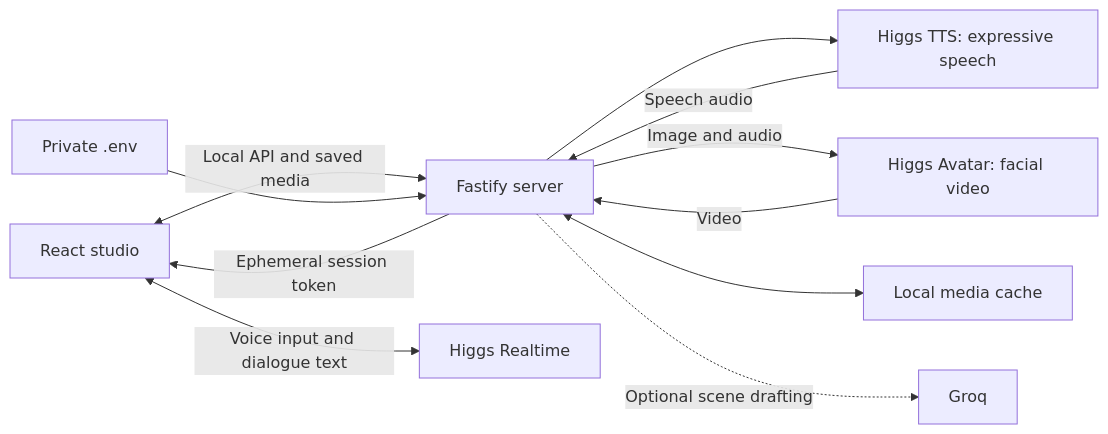
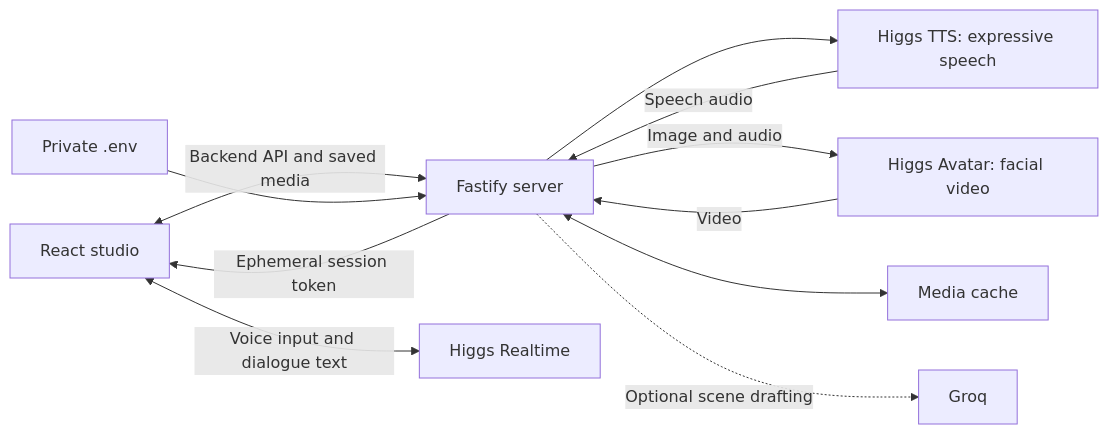
One commit to navdeepsingh1609/Tales-of-the-Lantern changed the first of 2 diagrams in README.md. Above: the diagram before and after it, drawn with Mermaid. The commit also changed other lines of this file and 2 other files, not shown here.

Commit message:
Clarify demo link

````diff
--- a/README.md
+++ b/README.md
@@ -24,13 +24,13 @@
 ```mermaid
 flowchart LR
-    UI["React studio"] <-->|"Local API and saved media"| API["Fastify server"]
+    UI["React studio"] <-->|"Backend API and saved media"| API["Fastify server"]
     ENV["Private .env"] --> API
     API -->|"Ephemeral session token"| UI
     UI <-->|"Voice input and dialogue text"| RT["Higgs Realtime"]
     API --> TTS["Higgs TTS: expressive speech"]
     TTS -->|"Speech audio"| API
     API -->|"Image and audio"| AV["Higgs Avatar: facial video"]
     AV -->|"Video"| API
-    API <--> CACHE["Local media cache"]
+    API <--> CACHE["Media cache"]
     API -.->|"Optional scene drafting"| GROQ["Groq"]
 ```
````
